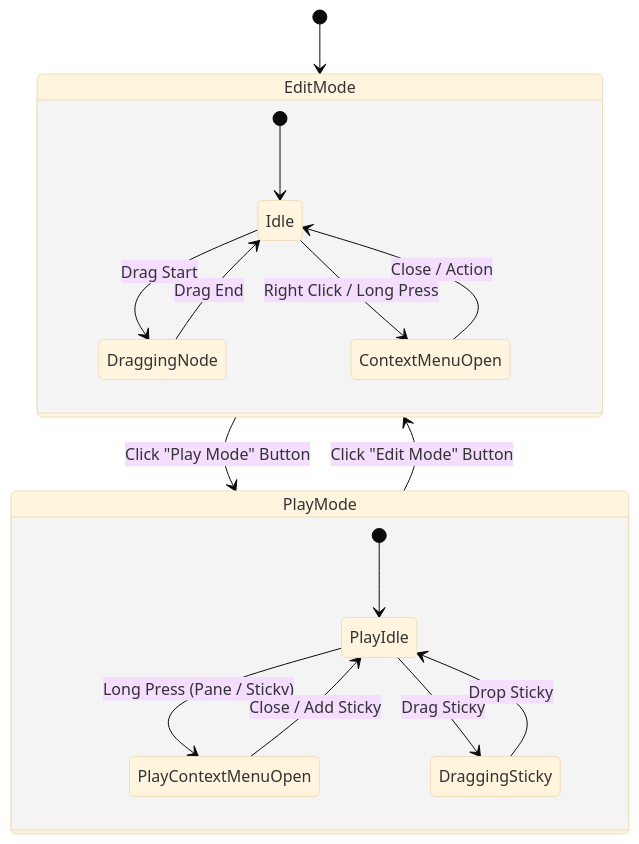
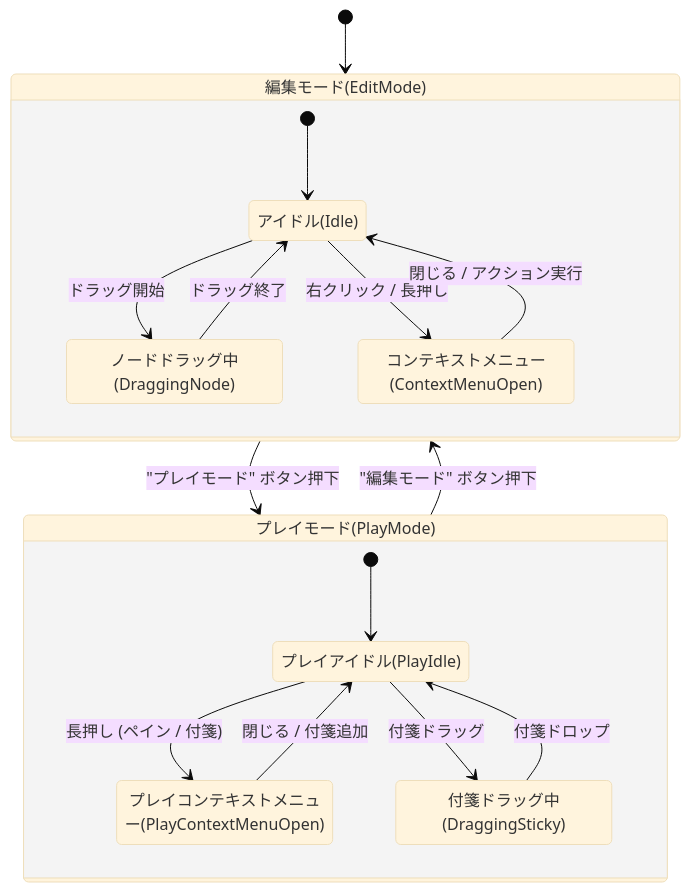
One commit to c-ardinal/ARKHAM changed the first of 2 diagrams in RequirementSpecification_Image_Graph.md. Above: the diagram before and after it, drawn with Mermaid (base theme). The commit also changed other lines of this file and 1 other file, not shown here.

````diff
--- a/RequirementSpecification_Image_Graph.md
+++ b/RequirementSpecification_Image_Graph.md
@@ -6,23 +6,23 @@
 ```mermaid
 stateDiagram-v2
-    [*] --> EditMode
+    [*] --> 編集モード(EditMode)
     
-    state EditMode {
-        [*] --> Idle
-        Idle --> DraggingNode : Drag Start
-        DraggingNode --> Idle : Drag End
-        Idle --> ContextMenuOpen : Right Click / Long Press
-        ContextMenuOpen --> Idle : Close / Action
+    state 編集モード(EditMode) {
+        [*] --> アイドル(Idle)
+        アイドル(Idle) --> ノードドラッグ中(DraggingNode) : ドラッグ開始
+        ノードドラッグ中(DraggingNode) --> アイドル(Idle) : ドラッグ終了
+        アイドル(Idle) --> コンテキストメニュー(ContextMenuOpen) : 右クリック / 長押し
+        コンテキストメニュー(ContextMenuOpen) --> アイドル(Idle) : 閉じる / アクション実行
     }
 
-    state PlayMode {
-        [*] --> PlayIdle
-        PlayIdle --> PlayContextMenuOpen : Long Press (Pane / Sticky)
-        PlayContextMenuOpen --> PlayIdle : Close / Add Sticky
-        PlayIdle --> DraggingSticky : Drag Sticky
-        DraggingSticky --> PlayIdle : Drop Sticky
+    state プレイモード(PlayMode) {
+        [*] --> プレイアイドル(PlayIdle)
+        プレイアイドル(PlayIdle) --> プレイコンテキストメニュー(PlayContextMenuOpen) : 長押し (ペイン / 付箋)
+        プレイコンテキストメニュー(PlayContextMenuOpen) --> プレイアイドル(PlayIdle) : 閉じる / 付箋追加
+        プレイアイドル(PlayIdle) --> 付箋ドラッグ中(DraggingSticky) : 付箋ドラッグ
+        付箋ドラッグ中(DraggingSticky) --> プレイアイドル(PlayIdle) : 付箋ドロップ
     }
 
-    EditMode --> PlayMode : Click "Play Mode" Button
-    PlayMode --> EditMode : Click "Edit Mode" Button
+    編集モード(EditMode) --> プレイモード(PlayMode) : "プレイモード" ボタン押下
+    プレイモード(PlayMode) --> 編集モード(EditMode) : "編集モード" ボタン押下
 ```
````
